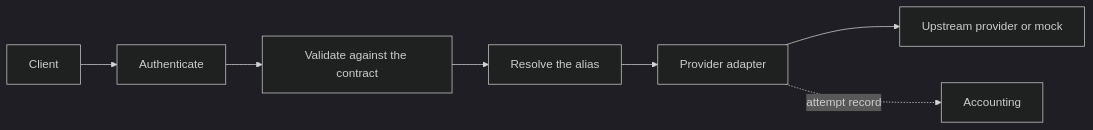
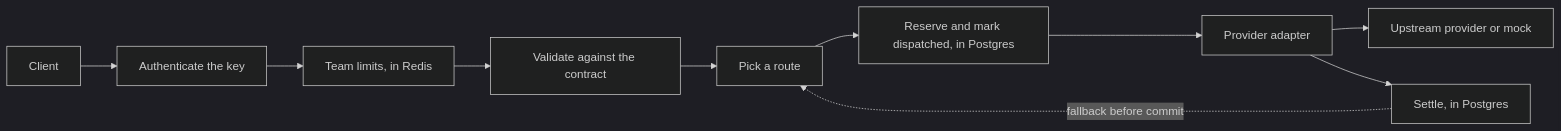
The diagram in README.md (Bispulm/llmgate), drawn with Mermaid (dark theme) before and after one commit. The commit also changed other lines of this file, not shown here.

````diff
--- a/README.md
+++ b/README.md
@@ -47,9 +49,12 @@
 ```mermaid
 flowchart LR
-    C[Client] --> A[Authenticate]
-    A --> V[Validate against the contract]
-    V --> R[Resolve the alias]
-    R --> AD[Provider adapter]
+    C[Client] --> A[Authenticate the key]
+    A --> T[Team limits, in Redis]
+    T --> V[Validate against the contract]
+    V --> R[Pick a route]
+    R --> RS[Reserve and mark dispatched, in Postgres]
+    RS --> AD[Provider adapter]
     AD --> U[Upstream provider or mock]
-    AD -. attempt record .-> L[Accounting]
+    AD --> S[Settle, in Postgres]
+    S -. fallback before commit .-> R
 ```
````
